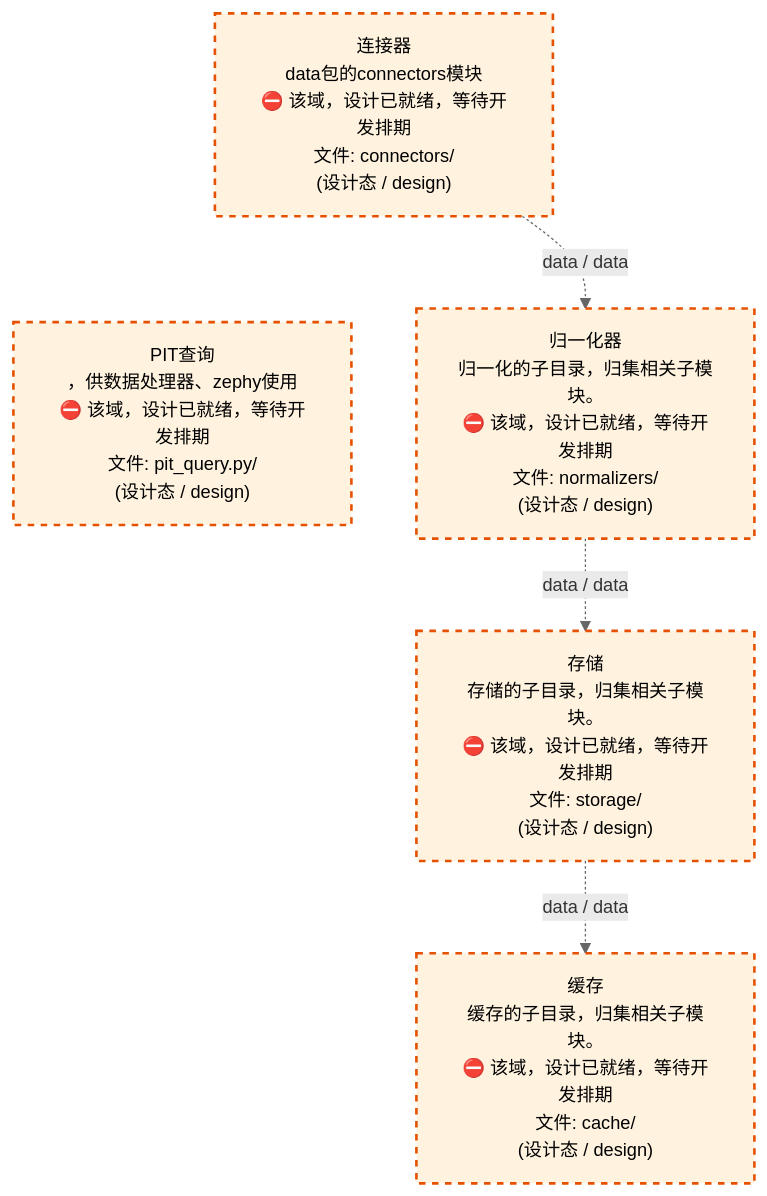
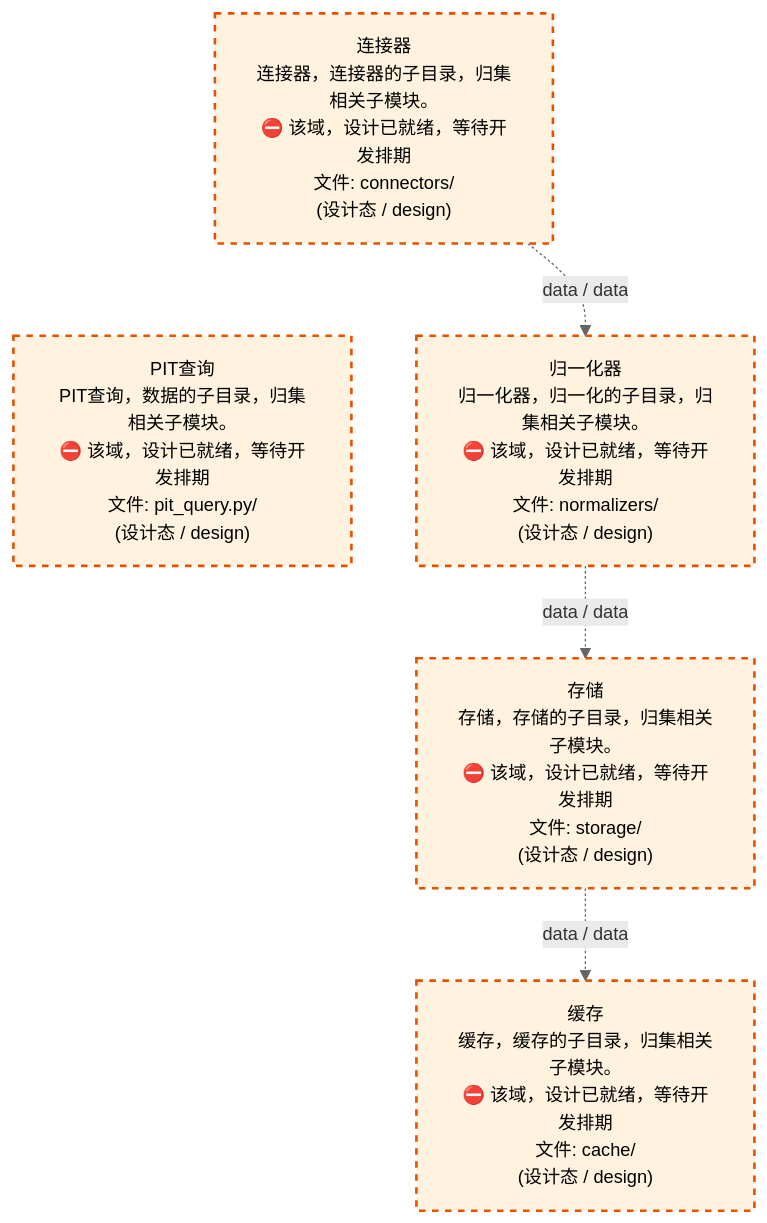
Before and after one commit to xuanFelixVan/ZephyrAlpha: the third of 4 diagrams in docs/02_enterprise_architecture/02_domain_architecture_docs/11_d_data.md, drawn with Mermaid. The commit also changed other lines of this file and 56 other files, not shown here.

````diff
--- a/docs/02_enterprise_architecture/02_domain_architecture_docs/11_d_data.md
+++ b/docs/02_enterprise_architecture/02_domain_architecture_docs/11_d_data.md
@@ -1293,18 +1293,18 @@
 ```mermaid
 %%{init: {'theme': 'base', 'themeVariables': {'primaryColor': '#eaeaea', 'primaryTextColor': '#333333', 'primaryBorderColor': '#666666', 'lineColor': '#666666', 'secondaryColor': '#eaeaea', 'tertiaryColor': '#eaeaea', 'fontSize': '14px'}}}%%
 flowchart TD
-    src_zephyr_data_connectors["连接器<br/>data包的connectors模块<br/>⛔ 该域，设计已就绪，等待开发排期<br/>文件: connectors/<br/>(设计态 / design)"]
-    src_zephyr_data_pit_query_py["PIT查询<br/>，供数据处理器、zephy使用<br/>⛔ 该域，设计已就绪，等待开发排期<br/>文件: pit_query.py/<br/>(设计态 / design)"]
+    src_zephyr_data_connectors["连接器<br/>连接器，连接器的子目录，归集相关子模块。<br/>⛔ 该域，设计已就绪，等待开发排期<br/>文件: connectors/<br/>(设计态 / design)"]
+    src_zephyr_data_pit_query_py["PIT查询<br/>PIT查询，数据的子目录，归集相关子模块。<br/>⛔ 该域，设计已就绪，等待开发排期<br/>文件: pit_query.py/<br/>(设计态 / design)"]
     src_zephyr_data_connectors ~~~ src_zephyr_data_pit_query_py
-    src_zephyr_data_normalizers["归一化器<br/>归一化的子目录，归集相关子模块。<br/>⛔ 该域，设计已就绪，等待开发排期<br/>文件: normalizers/<br/>(设计态 / design)"]
-    src_zephyr_data_storage["存储<br/>存储的子目录，归集相关子模块。<br/>⛔ 该域，设计已就绪，等待开发排期<br/>文件: storage/<br/>(设计态 / design)"]
-    src_zephyr_data_cache["缓存<br/>缓存的子目录，归集相关子模块。<br/>⛔ 该域，设计已就绪，等待开发排期<br/>文件: cache/<br/>(设计态 / design)"]
+    src_zephyr_data_normalizers["归一化器<br/>归一化器，归一化的子目录，归集相关子模块。<br/>⛔ 该域，设计已就绪，等待开发排期<br/>文件: normalizers/<br/>(设计态 / design)"]
+    src_zephyr_data_storage["存储<br/>存储，存储的子目录，归集相关子模块。<br/>⛔ 该域，设计已就绪，等待开发排期<br/>文件: storage/<br/>(设计态 / design)"]
+    src_zephyr_data_cache["缓存<br/>缓存，缓存的子目录，归集相关子模块。<br/>⛔ 该域，设计已就绪，等待开发排期<br/>文件: cache/<br/>(设计态 / design)"]
     src_zephyr_data_connectors -.->|data / data| src_zephyr_data_normalizers
     src_zephyr_data_normalizers -.->|data / data| src_zephyr_data_storage
     src_zephyr_data_storage -.->|data / data| src_zephyr_data_cache
     classDef production fill:#e1f5fe,stroke:#01579b,stroke-width:2px,color:#000
     classDef design fill:#fff3e0,stroke:#e65100,stroke-width:2px,color:#000,stroke-dasharray: 5 5
     classDef external_prod fill:#e8f4fd,stroke:#0277bd,stroke-width:1px,color:#000
     classDef external_design fill:#fff8e7,stroke:#ef6c00,stroke-width:1px,color:#000,stroke-dasharray: 5 5
     class src_zephyr_data_cache,src_zephyr_data_connectors,src_zephyr_data_normalizers,src_zephyr_data_pit_query_py,src_zephyr_data_storage design
 ```
````
